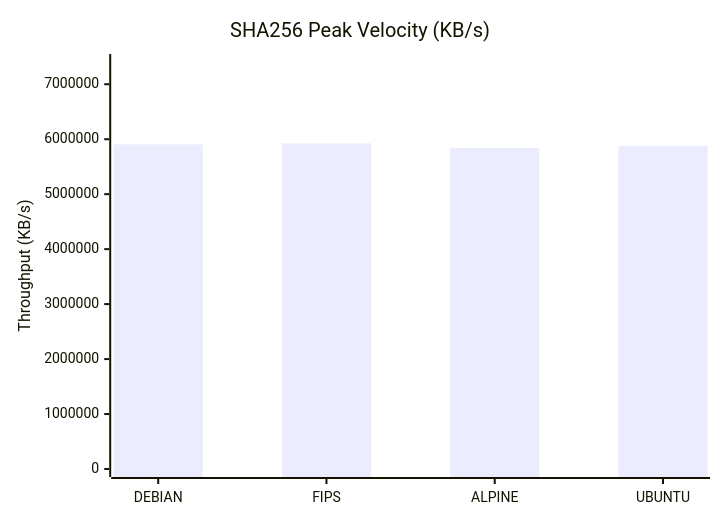
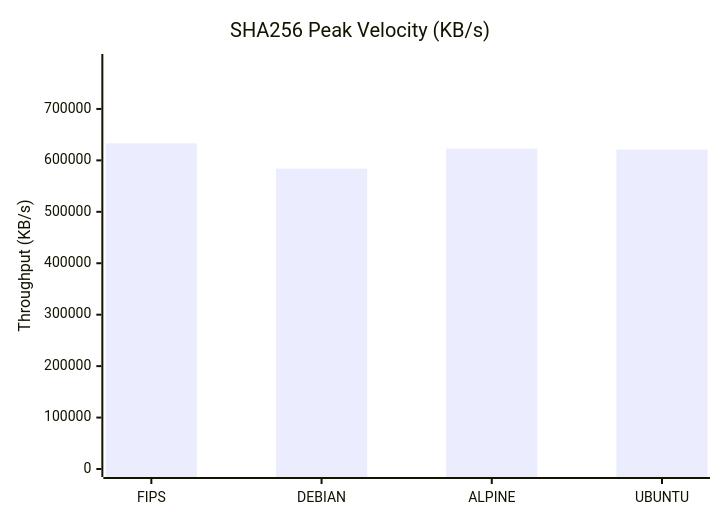
One commit to taha2samy/openssl_fips changed the second of 9 diagrams in docs/Comparison_Report.md. Above: the diagram before and after it, drawn with Mermaid. The commit also changed other lines of this file and 5 other files, not shown here.

````diff
--- a/docs/Comparison_Report.md
+++ b/docs/Comparison_Report.md
@@ -65,7 +65,7 @@
 ```mermaid
 xychart-beta
     title "SHA256 Peak Velocity (KB/s)"
-    x-axis [DEBIAN, FIPS, ALPINE, UBUNTU]
-    y-axis "Throughput (KB/s)" 0 --> 7404851
-    bar [5907423.23, 5923880.96, 5842378.75, 5881004.03]
+    x-axis [FIPS, DEBIAN, ALPINE, UBUNTU]
+    y-axis "Throughput (KB/s)" 0 --> 791244
+    bar [632995.84, 583954.98, 622982.61, 621066.13]
 ```
````
